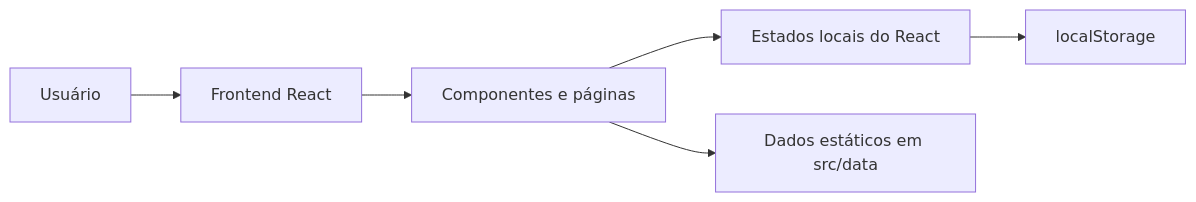
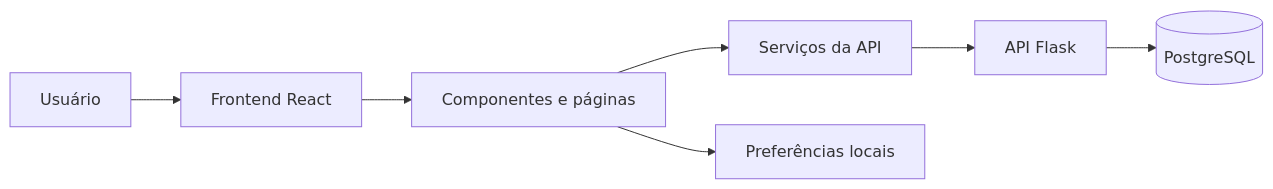
The diagram in frontend/README_TECNICO.md (Thomasx7/Sistema-Acs), drawn with Mermaid before and after one commit. The commit also changed other lines of this file and 26 other files, not shown here.

````diff
--- a/frontend/README_TECNICO.md
+++ b/frontend/README_TECNICO.md
@@ -56,8 +56,9 @@
 ```mermaid
 flowchart LR
     U[Usuário] --> F[Frontend React]
     F --> C[Componentes e páginas]
-    C --> E[Estados locais do React]
-    E --> L[localStorage]
-    C --> D[Dados estáticos em src/data]
+    C --> S[Serviços da API]
+    S --> A[API Flask]
+    A --> DB[(PostgreSQL)]
+    C --> L[Preferências locais]
 ```
````
